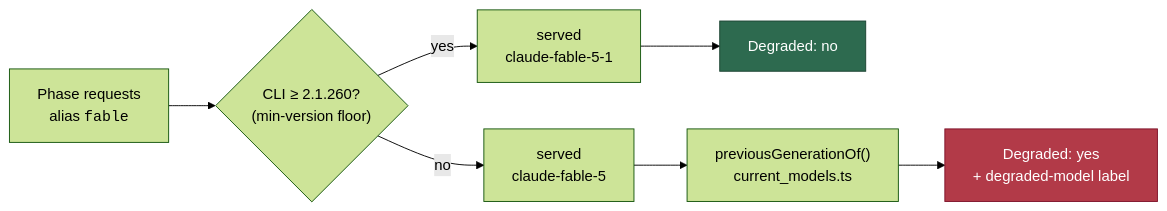
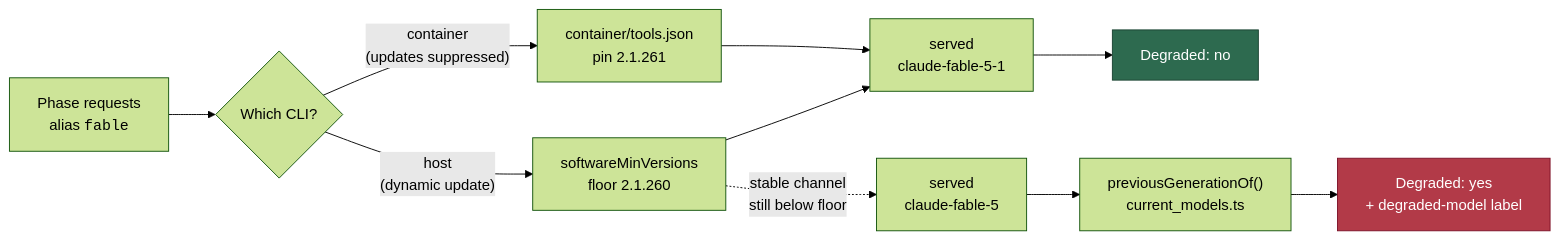
The diagram in docs/archive/pr-summaries/pr-summary-1362.md (stSoftwareAU/VibeCoder), drawn with Mermaid (forest theme) before and after one commit. The commit also changed other lines of this file and 10 other files, not shown here.

First line of the commit message:
Bump the image CLI pin to 2.1.261 and apply both review passes (Issue #1362)

````diff
--- a/docs/archive/pr-summaries/pr-summary-1362.md
+++ b/docs/archive/pr-summaries/pr-summary-1362.md
@@ -56,11 +78,14 @@
 ```mermaid
 flowchart LR
-    A["Phase requests<br/>alias <code>fable</code>"] --> B{"CLI ≥ 2.1.260?<br/>(min-version floor)"}
-    B -- yes --> C["served<br/>claude-fable-5-1"]
-    B -- no --> D["served<br/>claude-fable-5"]
+    A["Phase requests<br/>alias <code>fable</code>"] --> B{"Which CLI?"}
+    B -- "container<br/>(updates suppressed)" --> P["container/tools.json<br/>pin 2.1.261"]
+    B -- "host<br/>(dynamic update)" --> Q["softwareMinVersions<br/>floor 2.1.260"]
+    P --> C["served<br/>claude-fable-5-1"]
+    Q --> C
+    Q -. "stable channel<br/>still below floor" .-> D["served<br/>claude-fable-5"]
     C --> E["Degraded: no"]
     D --> F["previousGenerationOf()<br/>current_models.ts"]
     F --> G["Degraded: yes<br/>+ degraded-model label"]
     style G fill:#b23a48,stroke:#7d1128,color:#fff
     style E fill:#2d6a4f,stroke:#1b4332,color:#fff
 ```
````
